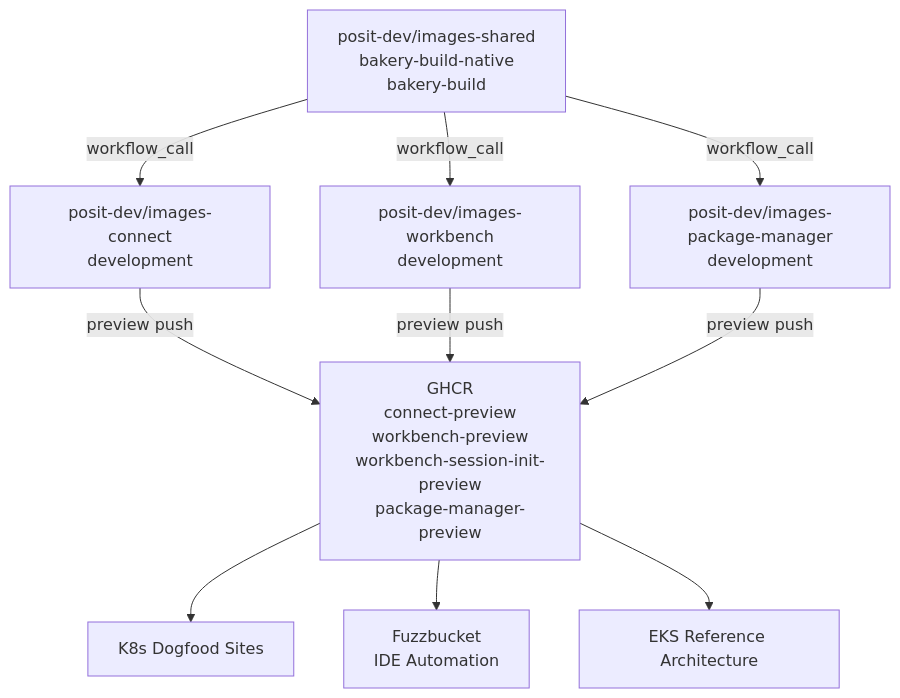
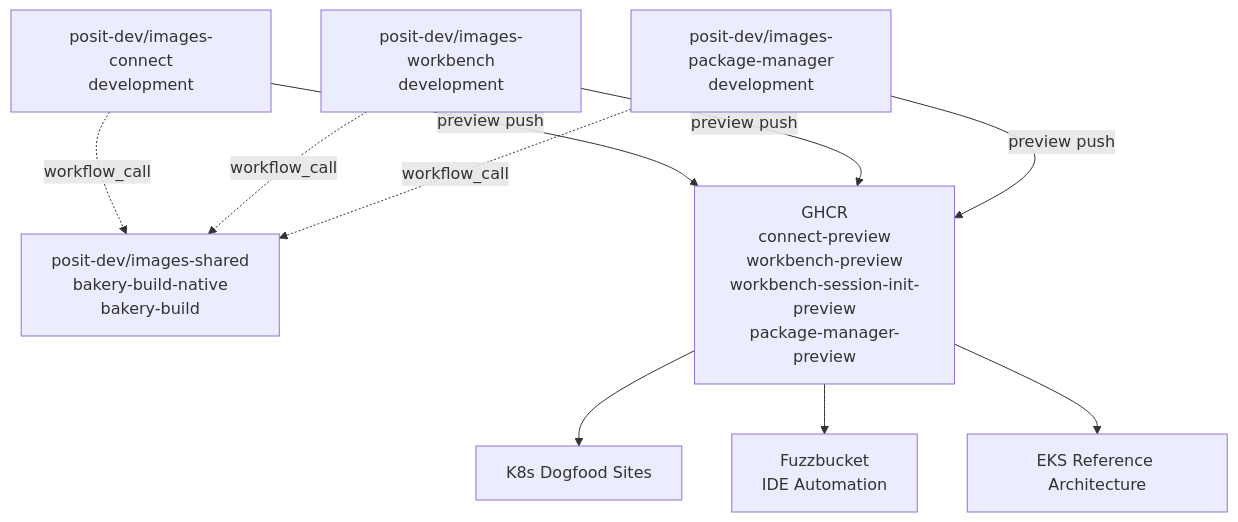
Before and after one commit to posit-dev/images-shared: the third of 3 diagrams in docs/cross-repo-dag.md, drawn with Mermaid. The commit also changed other lines of this file, not shown here.

First line of the commit message:
Use dashed arrows for workflow_call pointing to shared

````diff
--- a/docs/cross-repo-dag.md
+++ b/docs/cross-repo-dag.md
@@ -102,26 +102,26 @@
 ```mermaid
 graph TD
     SHARED["posit-dev/images-shared<br/>bakery-build-native<br/>bakery-build"]
 
-    SHARED -->|workflow_call| IMG_CONNECT
-    SHARED -->|workflow_call| IMG_WORKBENCH
-    SHARED -->|workflow_call| IMG_PM
-
     IMG_CONNECT["posit-dev/images-connect<br/>development"]
     IMG_WORKBENCH["posit-dev/images-workbench<br/>development"]
     IMG_PM["posit-dev/images-package-manager<br/>development"]
+
+    IMG_CONNECT -.->|workflow_call| SHARED
+    IMG_WORKBENCH -.->|workflow_call| SHARED
+    IMG_PM -.->|workflow_call| SHARED
 
     IMG_CONNECT -->|preview push| GHCR
     IMG_WORKBENCH -->|preview push| GHCR
     IMG_PM -->|preview push| GHCR
 
     GHCR["GHCR<br/>connect-preview<br/>workbench-preview<br/>workbench-session-init-preview<br/>package-manager-preview"]
 
     GHCR --> K8S
     GHCR --> FUZZBUCKET
     GHCR --> EKS_REF
 
     K8S["K8s Dogfood Sites"]
     FUZZBUCKET["Fuzzbucket<br/>IDE Automation"]
     EKS_REF["EKS Reference Architecture"]
 ```
````
